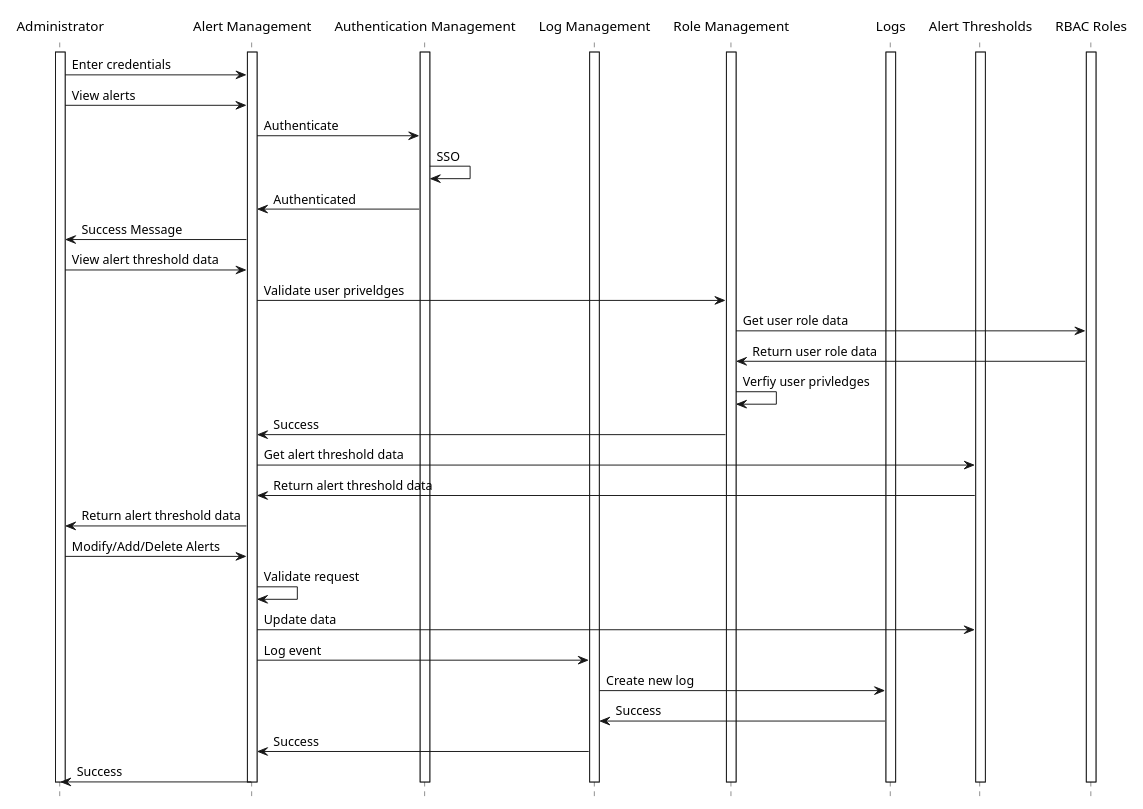
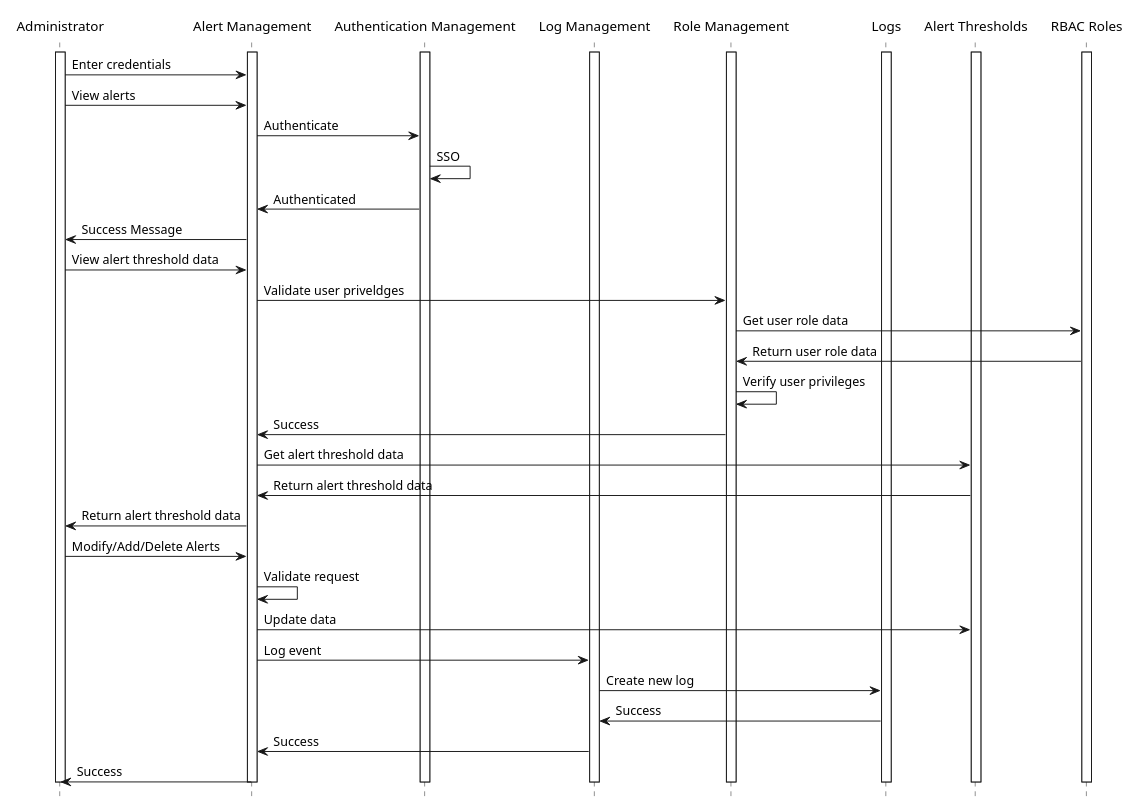
Before and after one commit to kailashsrirang/3a04-deliverable3: the diagram in seq-diag/BE3.puml, drawn with PlantUML. The commit also changed 3 other files, not shown here.

```diff
--- a/seq-diag/BE3.puml
+++ b/seq-diag/BE3.puml
@@ -2,72 +2,72 @@
 @startuml
 
 hide footbox
 
 skinparam ParticipantBorderColor transparent
 skinparam ParticipantBackgroundColor transparent
 skinparam ActorBorderColor transparent
 skinparam ActorBackgroundColor transparent
 
 participant "Administrator" as A
 participant "Alert Management" as AM
 participant "Authentication Management" as AuthM
 participant "Log Management" as LM
 participant "Role Management" as RM
 participant "Logs" as DB
 participant "Alert Thresholds" as AT
 participant "RBAC Roles" as RBAC
 
 
 
 activate A
 activate AM
 activate AuthM
 activate AT
 activate DB
 activate LM
 activate RM
 activate RBAC
 
 A -> AM : Enter credentials
 A -> AM : View alerts
 AM -> AuthM : Authenticate
 AuthM -> AuthM : SSO
 AuthM -> AM : Authenticated
 AM -> A : Success Message
 
 A -> AM : View alert threshold data
 AM -> RM : Validate user priveldges
 RM -> RBAC : Get user role data
 RBAC -> RM : Return user role data
-RM -> RM : Verfiy user privledges
+RM -> RM : Verify user privileges
 RM -> AM : Success
 AM -> AT : Get alert threshold data
 AT  -> AM : Return alert threshold data
 AM -> A : Return alert threshold data
 
 
 A->AM : Modify/Add/Delete Alerts
 AM->AM : Validate request
 AM -> AT : Update data
 AM -> LM : Log event
 LM -> DB : Create new log
 DB -> LM : Success
 LM -> AM : Success
 AM -> A : Success
 
 
 
 deactivate A
 deactivate AM
 deactivate AuthM
 deactivate AT
 deactivate DB
 deactivate LM
 deactivate RM
 deactivate RBAC
 
 
 
 
 
 @enduml
```
